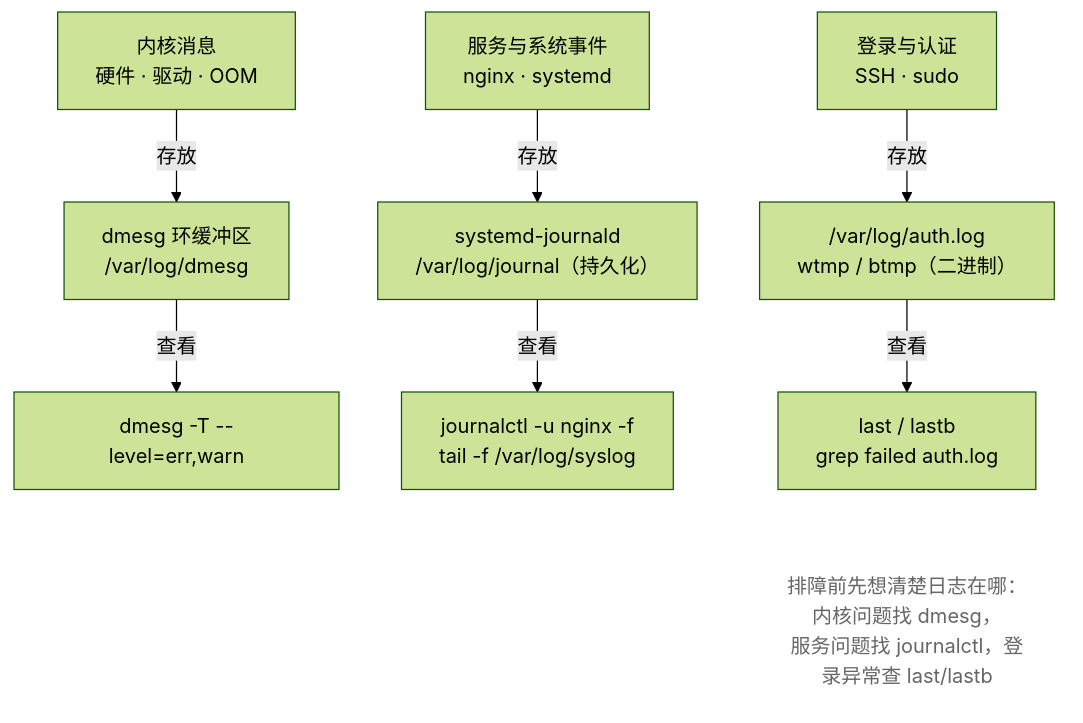
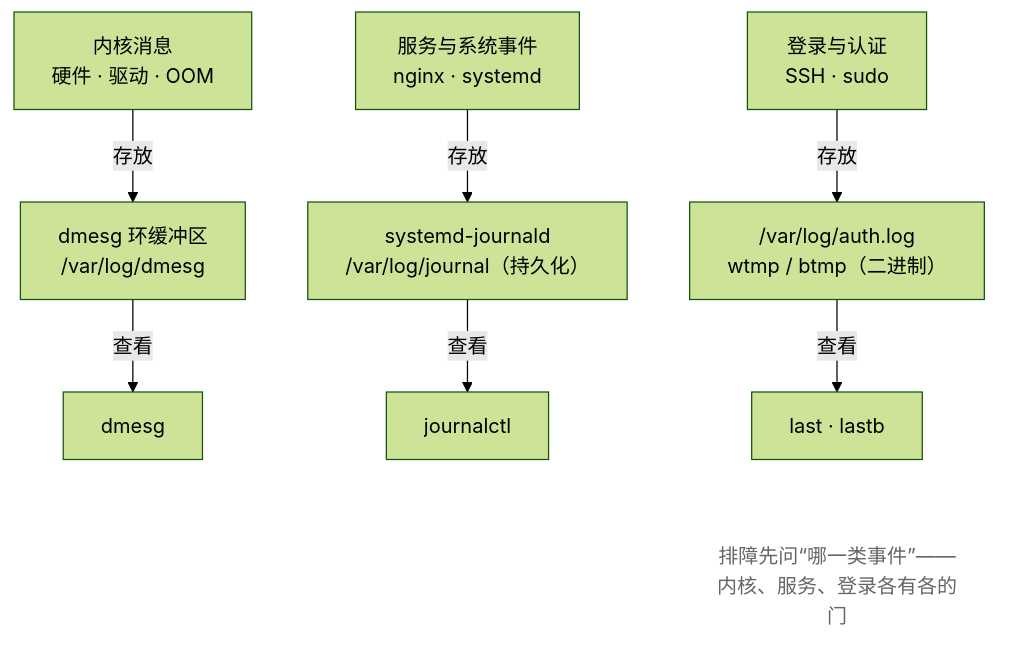
Before and after one commit to wangxiangnan/wangxiangnan.github.io: the second of 2 diagrams in src/linux-command/ch13.md, drawn with Mermaid (forest theme). The commit also changed other lines of this file and 25 other files, not shown here.

````diff
--- a/src/linux-command/ch13.md
+++ b/src/linux-command/ch13.md
@@ -79,12 +79,12 @@
 ```mermaid
 flowchart TB
-    K1["内核消息<br>硬件 · 驱动 · OOM"] -->|存放| K2["dmesg 环缓冲区<br>/var/log/dmesg"] -->|查看| K3["dmesg -T --level=err,warn"]
-    S1["服务与系统事件<br>nginx · systemd"] -->|存放| S2["systemd-journald<br>/var/log/journal（持久化）"] -->|查看| S3["journalctl -u nginx -f<br>tail -f /var/log/syslog"]
-    L1["登录与认证<br>SSH · sudo"] -->|存放| L2["/var/log/auth.log<br>wtmp / btmp（二进制）"] -->|查看| L3["last / lastb<br>grep failed auth.log"]
-    N["排障前先想清楚日志在哪：内核问题找 dmesg，<br>服务问题找 journalctl，登录异常查 last/lastb"]
+    K1["内核消息<br>硬件 · 驱动 · OOM"] -->|存放| K2["dmesg 环缓冲区<br>/var/log/dmesg"] -->|查看| K3["dmesg"]
+    S1["服务与系统事件<br>nginx · systemd"] -->|存放| S2["systemd-journald<br>/var/log/journal（持久化）"] -->|查看| S3["journalctl"]
+    L1["登录与认证<br>SSH · sudo"] -->|存放| L2["/var/log/auth.log<br>wtmp / btmp（二进制）"] -->|查看| L3["last · lastb"]
+    N["排障先问“哪一类事件”——内核、服务、登录各有各的门"]
 
     L3 ~~~ N
 
     classDef note fill:none,stroke:none,color:#666
     class N note
 ```
````
